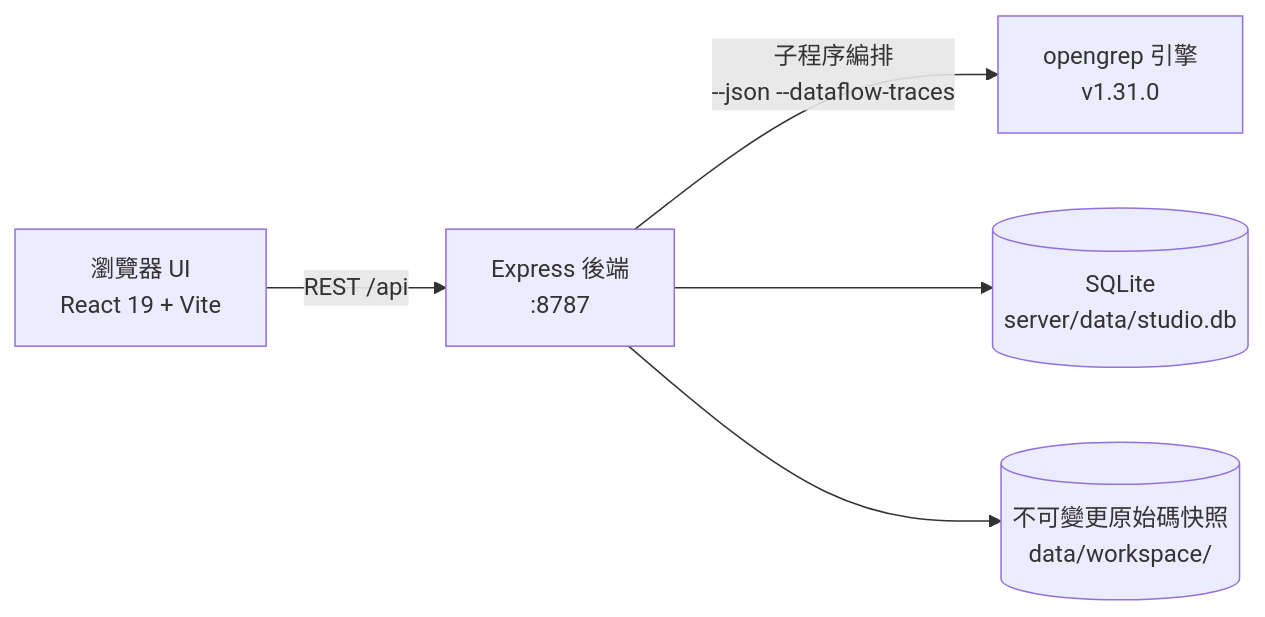
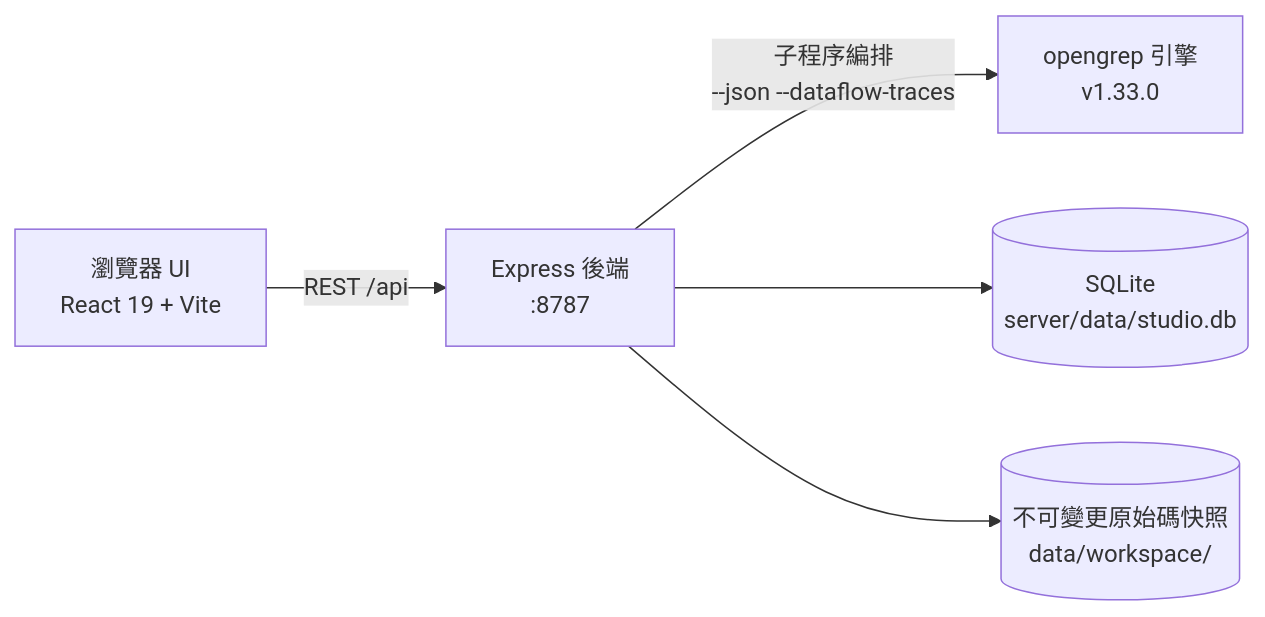
One commit to Lyfxxk/Opengrep-Studio changed the diagram in docs/README.zh-Hant.md. Above: the diagram before and after it, drawn with Mermaid. The commit also changed other lines of this file and 18 other files, not shown here.

````diff
--- a/docs/README.zh-Hant.md
+++ b/docs/README.zh-Hant.md
@@ -189,7 +189,7 @@
 ```mermaid
 flowchart LR
     U["瀏覽器 UI<br/>React 19 + Vite"] -->|"REST /api"| S["Express 後端<br/>:8787"]
-    S -->|"子程序編排<br/>--json --dataflow-traces"| E["opengrep 引擎<br/>v1.31.0"]
+    S -->|"子程序編排<br/>--json --dataflow-traces"| E["opengrep 引擎<br/>v1.33.0"]
     S --> DB[("SQLite<br/>server/data/studio.db")]
     S --> FS[("不可變更原始碼快照<br/>data/workspace/")]
 ```
````
